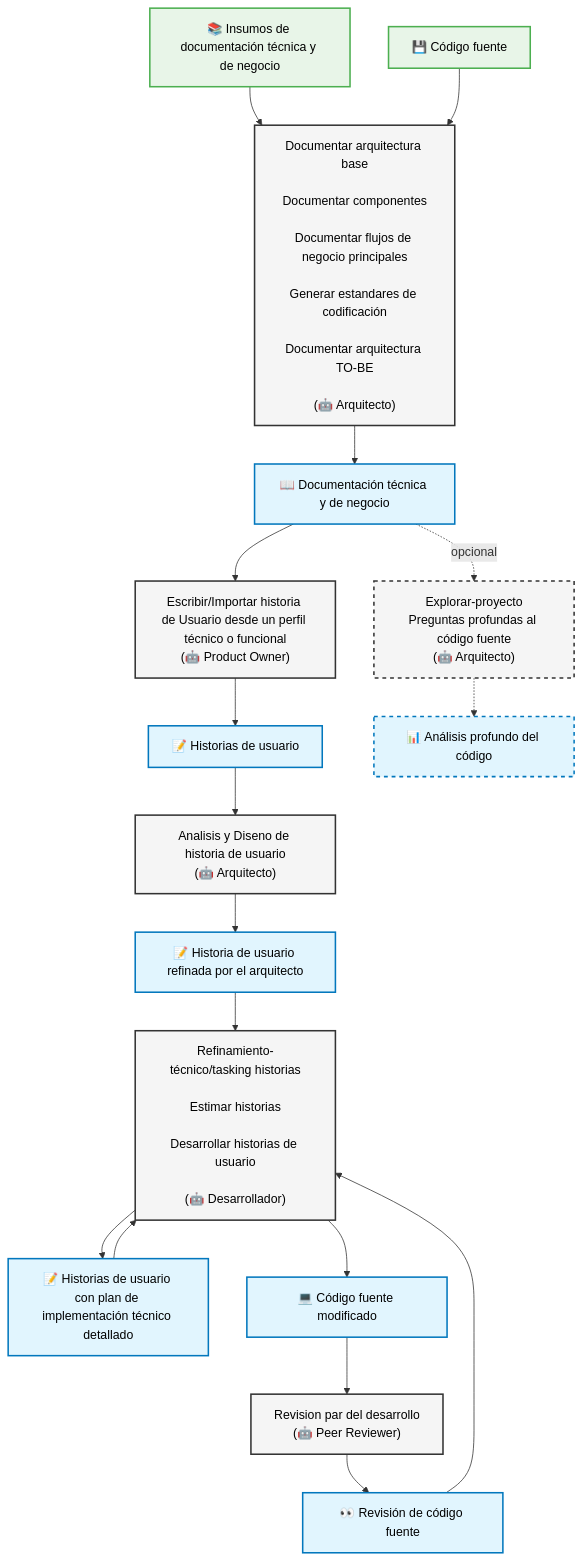
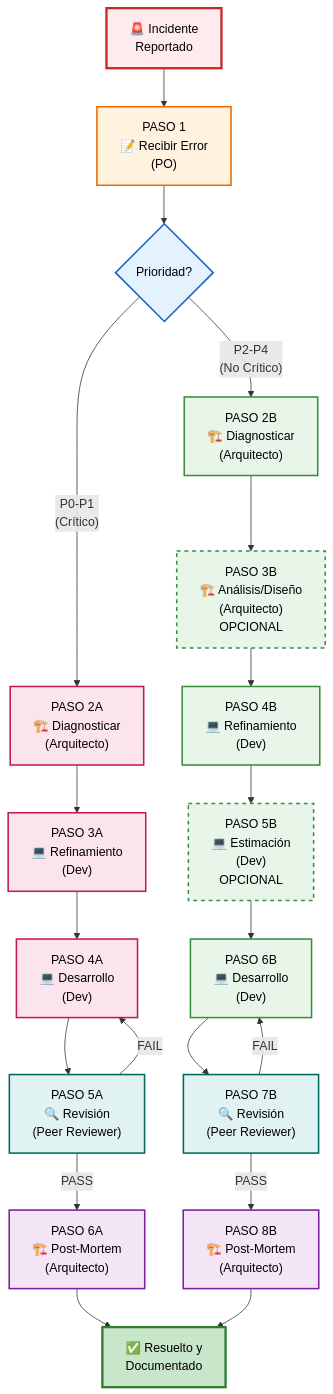
The second of 2 diagrams in .ceiba-metodo/metodo-ceiba/README.md (estebancolorado/MetodoCeibaSura), drawn with Mermaid before and after one commit. The commit also changed other lines of this file and 40 other files, not shown here.

````diff
--- a/.ceiba-metodo/metodo-ceiba/README.md
+++ b/.ceiba-metodo/metodo-ceiba/README.md
@@ -18,65 +483,77 @@
 ```mermaid
 flowchart TD
-    %% Insumos iniciales
-    INDOC["📚 Insumos de documentación técnica y de negocio"]
-    INCODE["💾 Código fuente"]
+    %% Inicio
+    START["🚨 Incidente<br/>Reportado"]
     
-    %% Tareas agrupadas por agente
-    TARQ["Documentar arquitectura base<br/><br/>Documentar componentes<br/><br/>Documentar flujos de negocio principales<br/><br/>Generar estandares de codificación<br/><br/>Documentar arquitectura TO-BE<br/><br/>(🤖 Arquitecto)"]
-    TPO["Escribir/Importar historia de Usuario desde un perfil técnico o funcional<br/>(🤖 Product Owner)"]
-    TANAL["Analisis y Diseno de historia de usuario<br/>(🤖 Arquitecto)"]
-    TDEV["Refinamiento-técnico/tasking historias<br/><br/>Estimar historias<br/><br/>Desarrollar historias de usuario<br/><br/>(🤖 Desarrollador)"]
-    TPR["Revision par del desarrollo<br/>(🤖 Peer Reviewer)"]
-    TEXP["Explorar-proyecto<br/>Preguntas profundas al código fuente<br/>(🤖 Arquitecto)"]
+    %% Paso 1
+    RECIBIR["PASO 1<br/>📝 Recibir Error<br/>(PO)"]
     
-    %% Salidas/Resultados
-    DOC["📖 Documentación técnica y de negocio"]
-    HIST["📝 Historias de usuario"]
-    HANAL["📝 Historia de usuario refinada por el arquitecto"]
-    REF["📝 Historias de usuario con plan de implementación técnico detallado"]
-    DEV["💻 Código fuente modificado"]
-    REV["👀 Revisión de código fuente"]
-    EXPOUT["📊 Análisis profundo del código"]
+    %% Decisión de prioridad
+    DECISION{"Prioridad?"}
     
-    %% Flujo principal con insumos iniciales
-    INDOC --> TARQ
-    INCODE --> TARQ
-    TARQ --> DOC
-    DOC --> TPO
-    TPO --> HIST
-    HIST --> TANAL
-    TANAL --> HANAL
-    HANAL --> TDEV
-    TDEV --> REF
-    REF --> TDEV
-    TDEV --> DEV
-    DEV --> TPR
-    TPR --> REV
-    REV --> TDEV
+    %% Rama A: P0-P1 (Crítico)
+    DIAG_A["PASO 2A<br/>🏗️ Diagnosticar<br/>(Arquitecto)"]
+    REF_A["PASO 3A<br/>💻 Refinamiento<br/>(Dev)"]
+    DEV_A["PASO 4A<br/>💻 Desarrollo<br/>(Dev)"]
+    QA_A["PASO 5A<br/>🔍 Revisión<br/>(Peer Reviewer)"]
+    POST_A["PASO 6A<br/>🏗️ Post-Mortem<br/>(Arquitecto)"]
     
-    %% Flujo opcional de exploración (línea punteada)
-    DOC -.->|opcional| TEXP
-    TEXP -.-> EXPOUT
+    %% Rama B: P2-P4 (No crítico)
+    DIAG_B["PASO 2B<br/>🏗️ Diagnosticar<br/>(Arquitecto)"]
+    ANAL_B["PASO 3B<br/>🏗️ Análisis/Diseño<br/>(Arquitecto)<br/>OPCIONAL"]
+    REF_B["PASO 4B<br/>💻 Refinamiento<br/>(Dev)"]
+    EST_B["PASO 5B<br/>💻 Estimación<br/>(Dev)<br/>OPCIONAL"]
+    DEV_B["PASO 6B<br/>💻 Desarrollo<br/>(Dev)"]
+    QA_B["PASO 7B<br/>🔍 Revisión<br/>(Peer Reviewer)"]
+    POST_B["PASO 8B<br/>🏗️ Post-Mortem<br/>(Arquitecto)"]
+    
+    %% Fin
+    END["✅ Resuelto y<br/>Documentado"]
+    
+    %% Flujo Principal
+    START --> RECIBIR
+    RECIBIR --> DECISION
+    
+    %% Rama A: P0-P1
+    DECISION -->|"P0-P1<br/>(Crítico)"| DIAG_A
+    DIAG_A --> REF_A
+    REF_A --> DEV_A
+    DEV_A --> QA_A
+    QA_A -->|FAIL| DEV_A
+    QA_A -->|PASS| POST_A
+    POST_A --> END
+    
+    %% Rama B: P2-P4
+    DECISION -->|"P2-P4<br/>(No Crítico)"| DIAG_B
+    DIAG_B --> ANAL_B
+    ANAL_B --> REF_B
+    REF_B --> EST_B
+    EST_B --> DEV_B
+    DEV_B --> QA_B
+    QA_B -->|FAIL| DEV_B
+    QA_B -->|PASS| POST_B
+    POST_B --> END
     
     %% Estilos
-    %% Insumos iniciales - Verde claro con texto negro
-    style INDOC fill:#e8f5e8,stroke:#4caf50,stroke-width:2px,color:#000000
-    style INCODE fill:#e8f5e8,stroke:#4caf50,stroke-width:2px,color:#000000
+    style START fill:#ffebee,stroke:#c62828,stroke-width:3px,color:#000000
+    style RECIBIR fill:#fff3e0,stroke:#ef6c00,stroke-width:2px,color:#000000
+    style DECISION fill:#e3f2fd,stroke:#1565c0,stroke-width:2px,color:#000000
     
-    %% Tareas - Gris claro con bordes y texto negro
-    style TARQ fill:#f5f5f5,stroke:#333,stroke-width:2px,color:#000000
-    style TPO fill:#f5f5f5,stroke:#333,stroke-width:2px,color:#000000
-    style TANAL fill:#f5f5f5,stroke:#333,stroke-width:2px,color:#000000
-    style TDEV fill:#f5f5f5,stroke:#333,stroke-width:2px,color:#000000
-    style TPR fill:#f5f5f5,stroke:#333,stroke-width:2px,color:#000000
-    style TEXP fill:#f5f5f5,stroke:#333,stroke-width:2px,stroke-dasharray: 5 5,color:#000000
+    %% Rama A (P0-P1) - Rosa
+    style DIAG_A fill:#fce4ec,stroke:#c2185b,stroke-width:2px,color:#000000
+    style REF_A fill:#fce4ec,stroke:#c2185b,stroke-width:2px,color:#000000
+    style DEV_A fill:#fce4ec,stroke:#c2185b,stroke-width:2px,color:#000000
+    style QA_A fill:#e0f2f1,stroke:#00695c,stroke-width:2px,color:#000000
+    style POST_A fill:#f3e5f5,stroke:#7b1fa2,stroke-width:2px,color:#000000
     
-    %% Salidas - Azul claro con texto negro
-    style DOC fill:#e1f5fe,stroke:#0277bd,stroke-width:2px,color:#000000
-    style HIST fill:#e1f5fe,stroke:#0277bd,stroke-width:2px,color:#000000
-    style HANAL fill:#e1f5fe,stroke:#0277bd,stroke-width:2px,color:#000000
-    style REF fill:#e1f5fe,stroke:#0277bd,stroke-width:2px,color:#000000
-    style DEV fill:#e1f5fe,stroke:#0277bd,stroke-width:2px,color:#000000
-    style REV fill:#e1f5fe,stroke:#0277bd,stroke-width:2px,color:#000000
-    style EXPOUT fill:#e1f5fe,stroke:#0277bd,stroke-width:2px,stroke-dasharray: 5 5,color:#000000
+    %% Rama B (P2-P4) - Verde
+    style DIAG_B fill:#e8f5e9,stroke:#388e3c,stroke-width:2px,color:#000000
+    style ANAL_B fill:#e8f5e9,stroke:#388e3c,stroke-width:2px,stroke-dasharray: 5 5,color:#000000
+    style REF_B fill:#e8f5e9,stroke:#388e3c,stroke-width:2px,color:#000000
+    style EST_B fill:#e8f5e9,stroke:#388e3c,stroke-width:2px,stroke-dasharray: 5 5,color:#000000
+    style DEV_B fill:#e8f5e9,stroke:#388e3c,stroke-width:2px,color:#000000
+    style QA_B fill:#e0f2f1,stroke:#00695c,stroke-width:2px,color:#000000
+    style POST_B fill:#f3e5f5,stroke:#7b1fa2,stroke-width:2px,color:#000000
+    
+    style END fill:#c8e6c9,stroke:#2e7d32,stroke-width:3px,color:#000000
 ```
````
